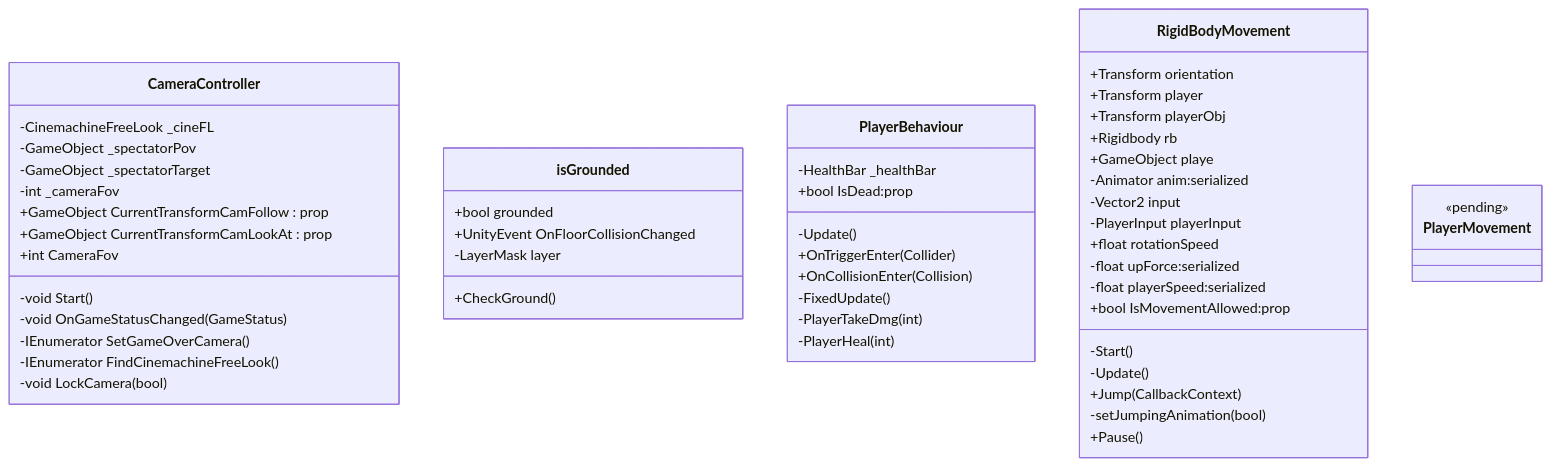
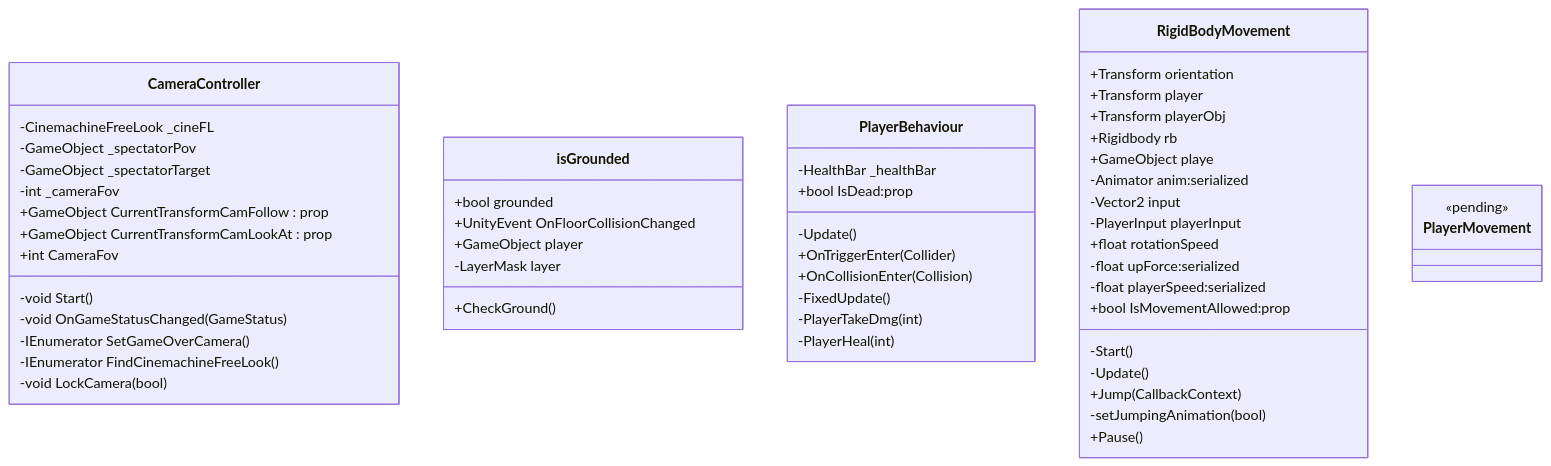
The second of 5 diagrams in README.md (Eldamo24/Floor-is-Lava), drawn with Mermaid before and after one commit.

````diff
--- a/README.md
+++ b/README.md
@@ -56,62 +56,63 @@
 ```mermaid
 classDiagram
 
     class CameraController{
         -CinemachineFreeLook _cineFL
         -GameObject _spectatorPov
         -GameObject _spectatorTarget
         -int _cameraFov
         +GameObject CurrentTransformCamFollow : prop
         +GameObject CurrentTransformCamLookAt : prop
         +int CameraFov
         -void Start()
         -void OnGameStatusChanged(GameStatus) 
         -IEnumerator SetGameOverCamera()
         -IEnumerator FindCinemachineFreeLook()
         -void LockCamera(bool)
         }
 		
 	class isGrounded{
         +bool grounded
         +UnityEvent<bool> OnFloorCollisionChanged
+	+GameObject player
 	-LayerMask layer
 	+CheckGround()
         
     }
 
 	    class PlayerBehaviour{
         -HealthBar _healthBar
         +bool IsDead:prop
         -Update()
         +OnTriggerEnter(Collider)
         +OnCollisionEnter(Collision)
         -FixedUpdate()
         -PlayerTakeDmg(int)
         -PlayerHeal(int)
     }
 	
     class RigidBodyMovement{
         +Transform orientation
         +Transform player
         +Transform playerObj
         +Rigidbody rb
         +GameObject playe
         -Animator anim:serialized
         -Vector2 input
         -PlayerInput playerInput
         +float rotationSpeed
         -float upForce:serialized
         -float playerSpeed:serialized
         +bool IsMovementAllowed:prop
         -Start()
         -Update()
         +Jump(CallbackContext)
         -setJumpingAnimation(bool)
         +Pause()
     }
 	
 	class PlayerMovement{
         <<pending>>
     }
 
 ```
````
